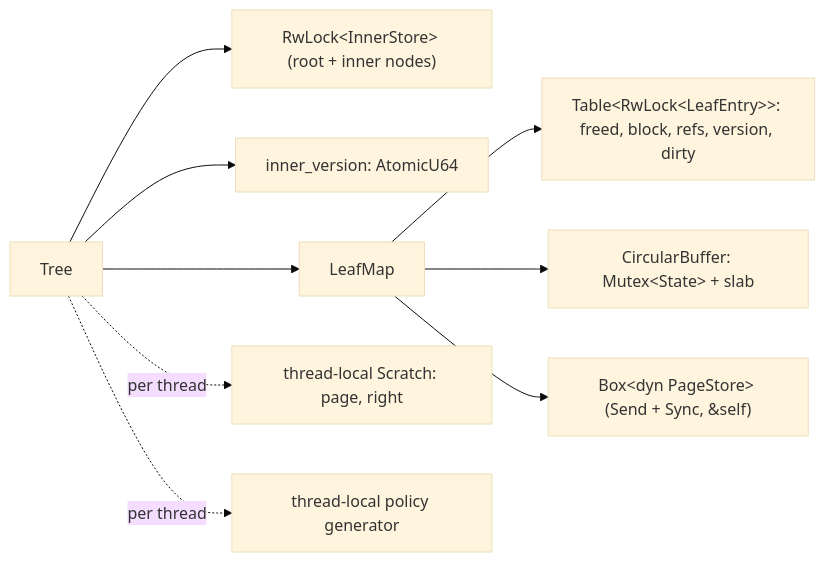
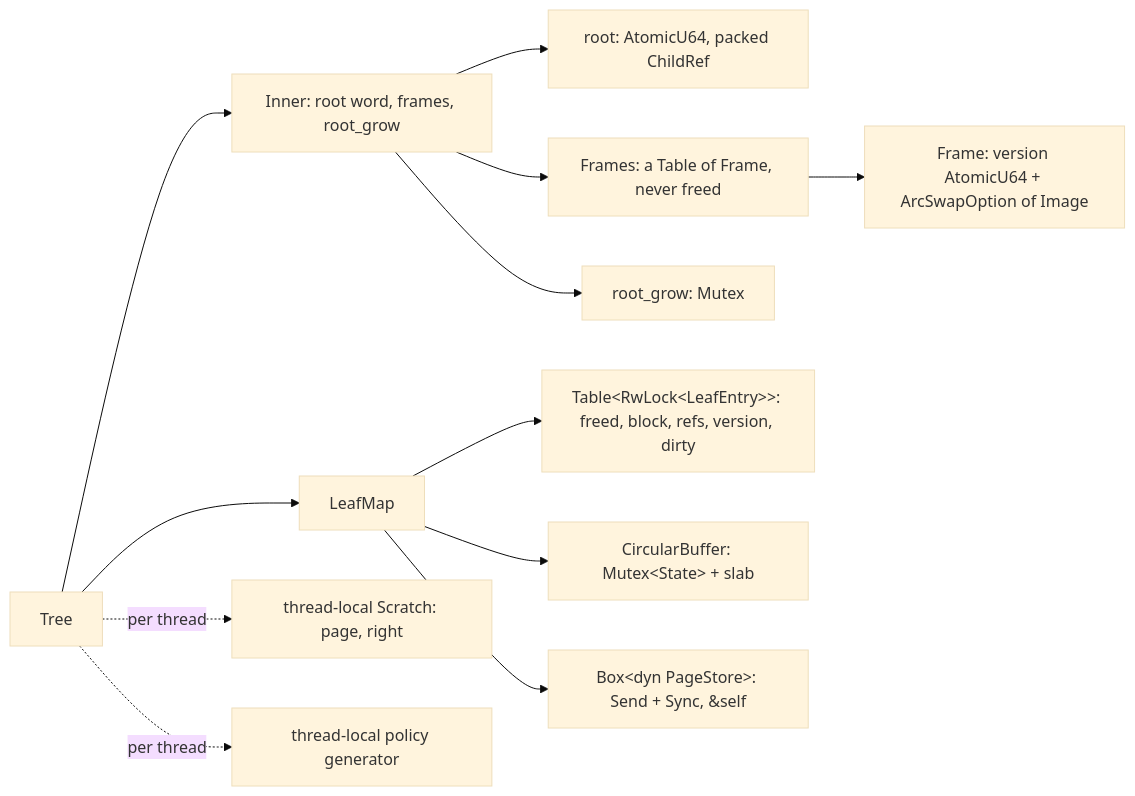
Before and after one commit to raydatray/peppydb: the first of 4 diagrams in docs/design/bf-tree-concurrency.md, drawn with Mermaid (base theme). The commit also changed other lines of this file and 7 other files, not shown here.

````diff
--- a/docs/design/bf-tree-concurrency.md
+++ b/docs/design/bf-tree-concurrency.md
@@ -24,11 +41,14 @@
 ```mermaid
 flowchart LR
-    Tree --> Inner["RwLock&lt;InnerStore&gt; (root + inner nodes)"]
-    Tree --> V["inner_version: AtomicU64"]
+    Tree --> Inner["Inner: root word, frames, root_grow"]
+    Inner --> Root["root: AtomicU64, packed ChildRef"]
+    Inner --> F["Frames: a Table of Frame, never freed"]
+    F --> Fr["Frame: version AtomicU64 + ArcSwapOption of Image"]
+    Inner --> RG["root_grow: Mutex"]
     Tree --> Map["LeafMap"]
     Map --> E["Table&lt;RwLock&lt;LeafEntry&gt;&gt;: freed, block, refs, version, dirty"]
     Map --> CB["CircularBuffer: Mutex&lt;State&gt; + slab"]
-    Map --> PS["Box&lt;dyn PageStore&gt; (Send + Sync, &amp;self)"]
+    Map --> PS["Box&lt;dyn PageStore&gt;: Send + Sync, &amp;self"]
     Tree -. per thread .-> S["thread-local Scratch: page, right"]
     Tree -. per thread .-> G["thread-local policy generator"]
 ```
````
